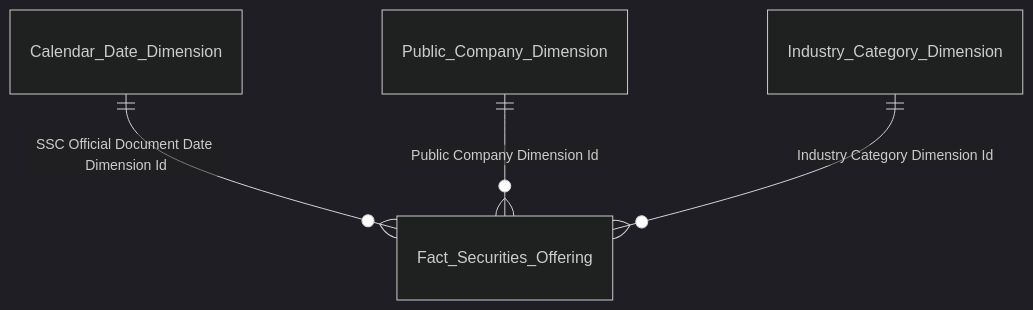
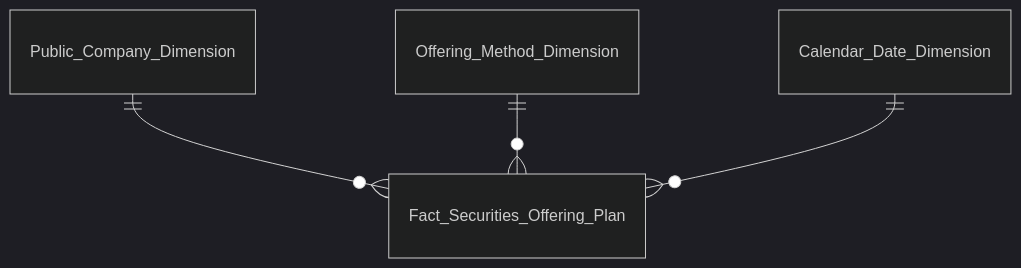
Before and after one commit to linhlvit/ubck_atomic_design: the second of 5 diagrams in Datamart/hld/DTM_QLCB_Entities.md, drawn with Mermaid (dark theme). The commit also changed other lines of this file and 17 other files, not shown here.

````diff
--- a/Datamart/hld/DTM_QLCB_Entities.md
+++ b/Datamart/hld/DTM_QLCB_Entities.md
@@ -11,6 +29,6 @@
 ```mermaid
 erDiagram
-    Calendar_Date_Dimension ||--o{ Fact_Securities_Offering : "SSC Official Document Date Dimension Id"
-    Public_Company_Dimension ||--o{ Fact_Securities_Offering : "Public Company Dimension Id"
-    Industry_Category_Dimension ||--o{ Fact_Securities_Offering : "Industry Category Dimension Id"
+    Public_Company_Dimension ||--o{ Fact_Securities_Offering_Plan : " "
+    Offering_Method_Dimension ||--o{ Fact_Securities_Offering_Plan : " "
+    Calendar_Date_Dimension ||--o{ Fact_Securities_Offering_Plan : " "
 ```
````
